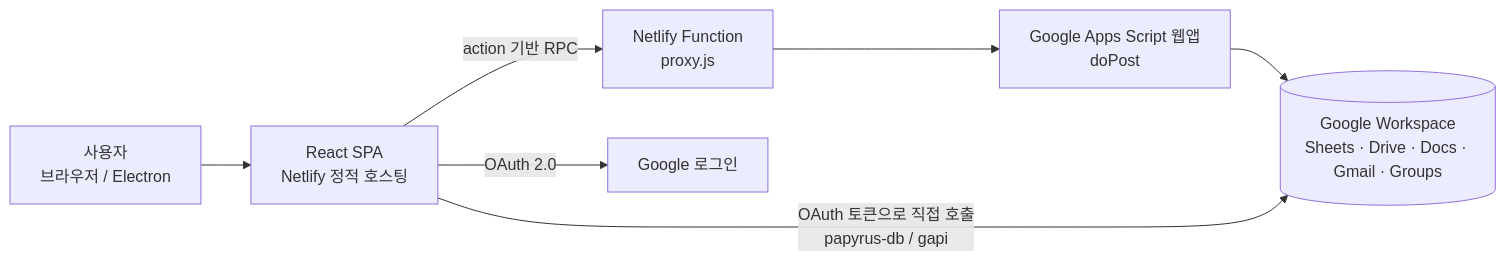
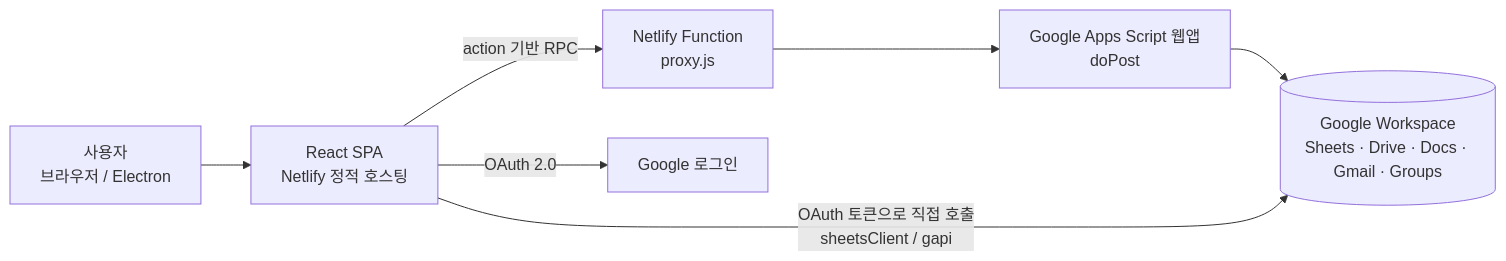
One commit to semicolon213/hot_potato_remake changed the first of 13 diagrams in docs/ARCHITECTURE.md. Above: the diagram before and after it, drawn with Mermaid. The commit also changed other lines of this file and 11 other files, not shown here.

````diff
--- a/docs/ARCHITECTURE.md
+++ b/docs/ARCHITECTURE.md
@@ -10,9 +10,9 @@
 ```mermaid
 flowchart LR
     U["사용자<br/>브라우저 / Electron"] --> FE["React SPA<br/>Netlify 정적 호스팅"]
     FE -- "action 기반 RPC" --> PX["Netlify Function<br/>proxy.js"]
     PX --> GAS["Google Apps Script 웹앱<br/>doPost"]
     GAS --> WS[("Google Workspace<br/>Sheets · Drive · Docs · Gmail · Groups")]
-    FE -- "OAuth 토큰으로 직접 호출<br/>papyrus-db / gapi" --> WS
+    FE -- "OAuth 토큰으로 직접 호출<br/>sheetsClient / gapi" --> WS
     FE -- "OAuth 2.0" --> G["Google 로그인"]
 ```
````
